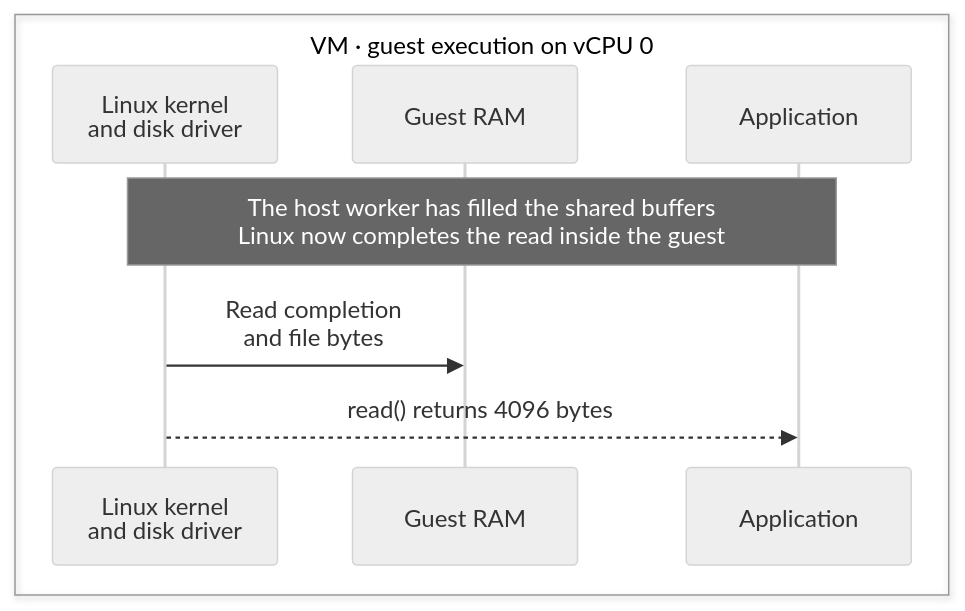
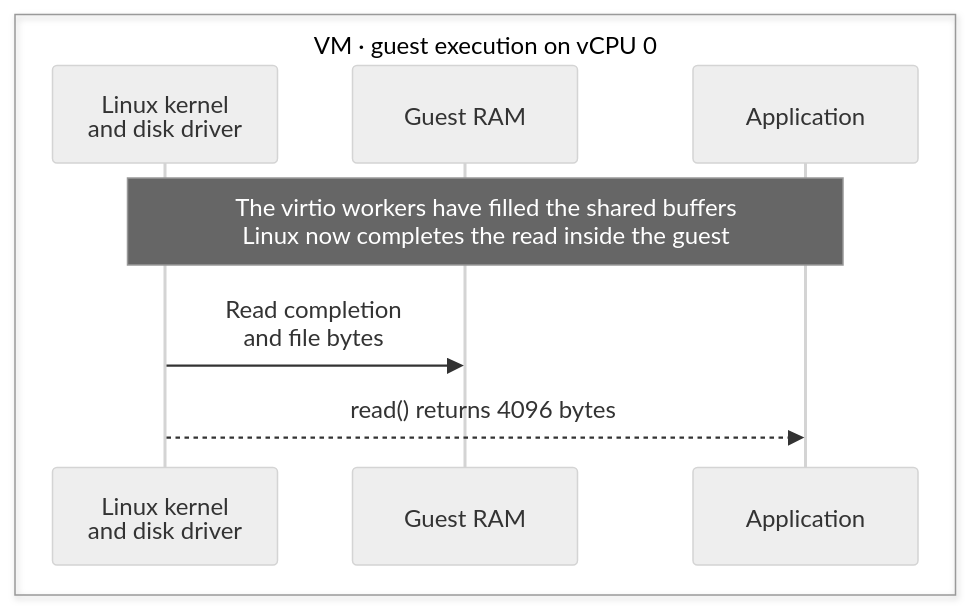
Before and after one commit to boxlite-ai/boxlite: the tenth of 14 diagrams in docs/contributing/architecture/vmm/kvm.md, drawn with Mermaid (neutral theme). The commit also changed other lines of this file and 21 other files, not shown here.

First line of the commit message:
feat(vmm): add the virtio workers

````diff
--- a/docs/contributing/architecture/vmm/kvm.md
+++ b/docs/contributing/architecture/vmm/kvm.md
@@ -353,13 +353,13 @@
 ```mermaid
 sequenceDiagram
   box VM · guest execution on vCPU 0
     participant kernel as Linux kernel<br/>and disk driver
     participant guest_ram as Guest RAM
     participant program as Application
   end
-  Note over kernel,program: The host worker has filled the shared buffers<br/>Linux now completes the read inside the guest
+  Note over kernel,program: The virtio workers have filled the shared buffers<br/>Linux now completes the read inside the guest
   %% edge:kvm_11_e1
   kernel->>guest_ram: Read completion<br/>and file bytes
   %% edge:kvm_11_e2
   kernel-->>program: read() returns 4096 bytes
 ```
````
